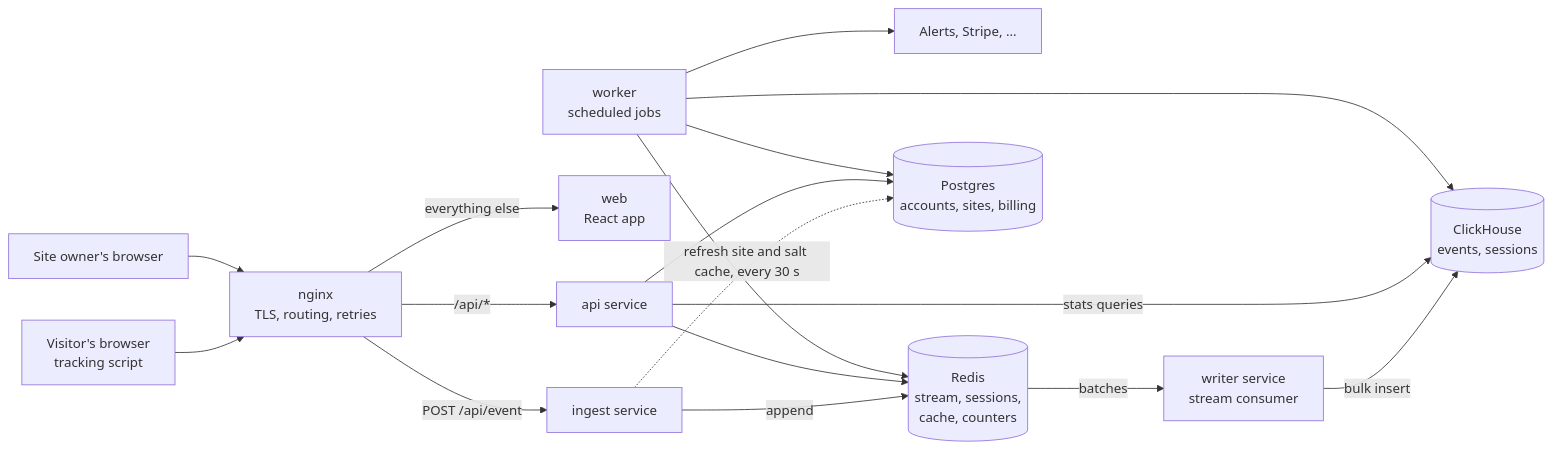
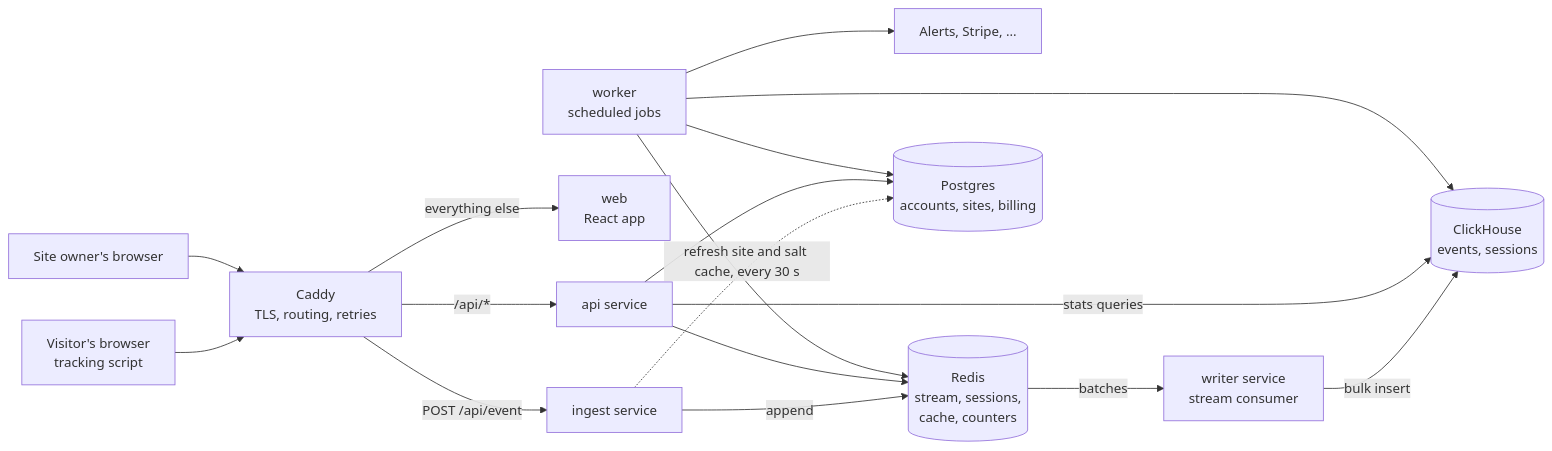
One commit to AntonBurduzha/mieru changed the second of 8 diagrams in docs/architecture.md. Above: the diagram before and after it, drawn with Mermaid. The commit also changed other lines of this file and 14 other files, not shown here.

First line of the commit message:
build(ops): caddy replaces nginx and certbot in front of the prod stack

````diff
--- a/docs/architecture.md
+++ b/docs/architecture.md
@@ -107,33 +107,33 @@
 ```mermaid
 flowchart LR
     V["Visitor's browser<br/>tracking script"]
     O["Site owner's browser"]
     EXT["Alerts, Stripe, ..."]
 
-	CD["nginx<br/>TLS, routing, retries"]
+	CD["Caddy<br/>TLS, routing, retries"]
 	ING["ingest service"]
 	WEB["web<br/>React app"]
 	API["api service"]
 	WR["writer service<br/>stream consumer"]
 	WK["worker<br/>scheduled jobs"]
 	RD[("Redis<br/>stream, sessions,<br/>cache, counters")]
 	PG[("Postgres<br/>accounts, sites, billing")]
 	CH[("ClickHouse<br/>events, sessions")]
 
     V --> CD
     O --> CD
     CD -->|"POST /api/event"| ING
     CD -->|"/api/*"| API
     CD -->|"everything else"| WEB
     ING -->|"append"| RD
     ING -.->|"refresh site and salt cache, every 30 s"| PG
     RD -->|"batches"| WR
     WR -->|"bulk insert"| CH
     API --> PG
     API -->|"stats queries"| CH
     API --> RD
     WK --> PG
     WK --> CH
     WK --> RD
     WK --> EXT
 ```
````
